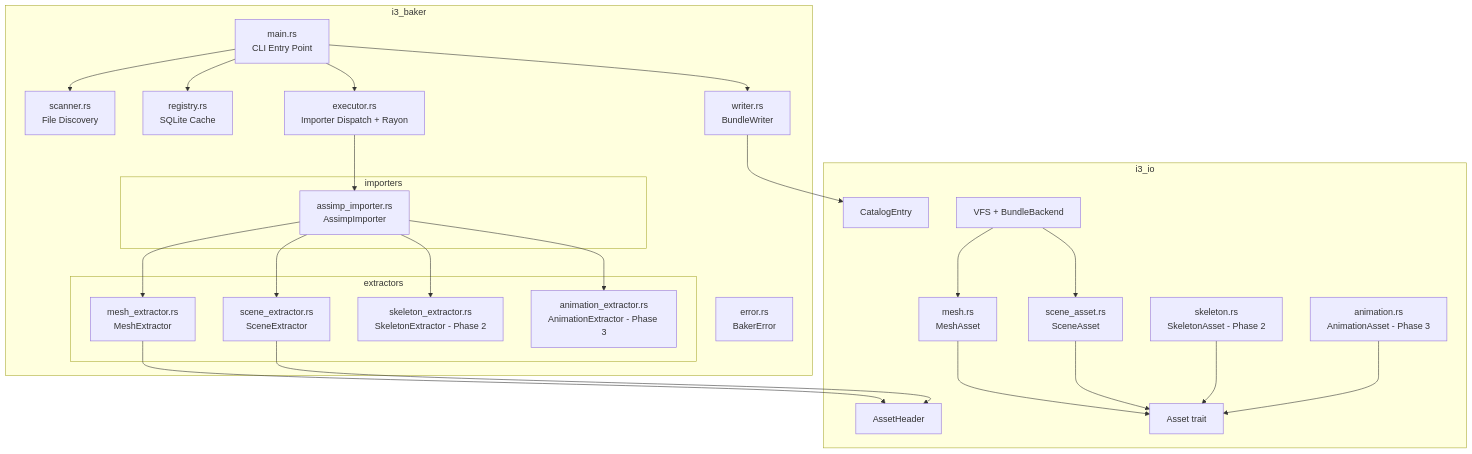
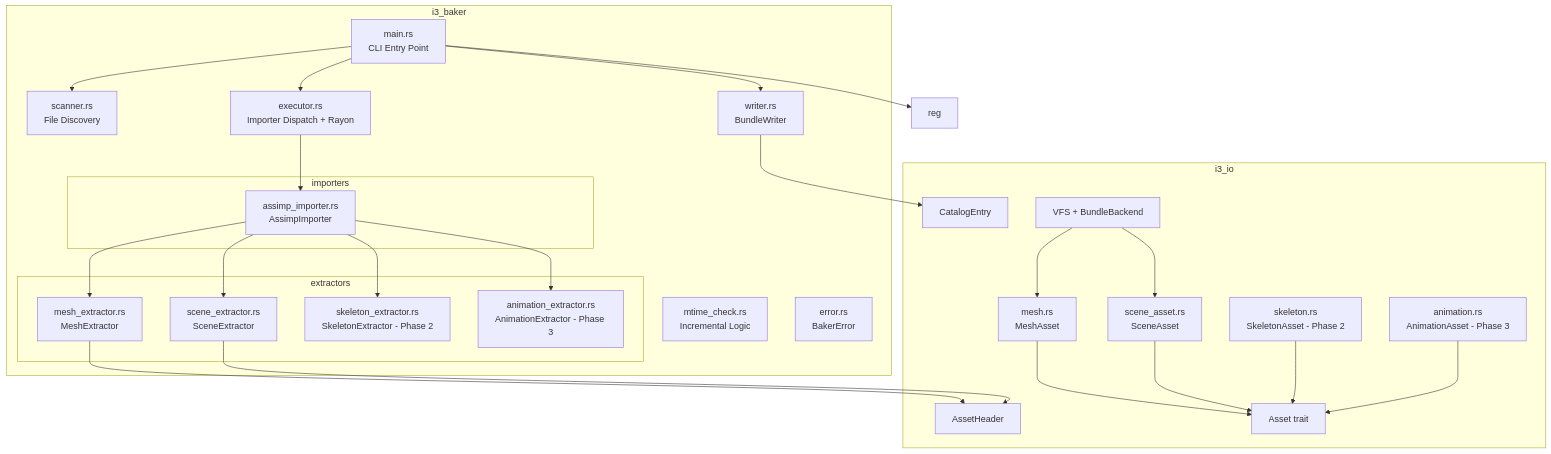
Before and after one commit to doomtr666/i3: the third of 9 diagrams in doc/baker_design.md, drawn with Mermaid. The commit also changed other lines of this file and 7 other files, not shown here.

````diff
--- a/doc/baker_design.md
+++ b/doc/baker_design.md
@@ -456,52 +456,52 @@
 ```mermaid
 flowchart TB
     subgraph i3_baker
         main[main.rs<br>CLI Entry Point]
         scan[scanner.rs<br>File Discovery]
-        reg[registry.rs<br>SQLite Cache]
         exec[executor.rs<br>Importer Dispatch + Rayon]
+        mtime[mtime_check.rs<br>Incremental Logic]
         writer[writer.rs<br>BundleWriter]
         err[error.rs<br>BakerError]
 
         subgraph importers
             assimp_imp[assimp_importer.rs<br>AssimpImporter]
         end
 
         subgraph extractors
             mesh_ext[mesh_extractor.rs<br>MeshExtractor]
             scene_ext[scene_extractor.rs<br>SceneExtractor]
             skel_ext[skeleton_extractor.rs<br>SkeletonExtractor - Phase 2]
             anim_ext[animation_extractor.rs<br>AnimationExtractor - Phase 3]
         end
     end
 
     subgraph i3_io
         header[AssetHeader]
         catalog[CatalogEntry]
         vfs[VFS + BundleBackend]
         asset_trait[Asset trait]
         mesh_asset[mesh.rs<br>MeshAsset]
         scene_asset[scene_asset.rs<br>SceneAsset]
         skel_asset[skeleton.rs<br>SkeletonAsset - Phase 2]
         anim_asset[animation.rs<br>AnimationAsset - Phase 3]
     end
 
     main --> scan
     main --> reg
     main --> exec
     main --> writer
     exec --> assimp_imp
     assimp_imp --> mesh_ext
     assimp_imp --> scene_ext
     assimp_imp --> skel_ext
     assimp_imp --> anim_ext
     mesh_ext --> header
     scene_ext --> header
     writer --> catalog
     mesh_asset --> asset_trait
     scene_asset --> asset_trait
     skel_asset --> asset_trait
     anim_asset --> asset_trait
     vfs --> mesh_asset
     vfs --> scene_asset
 ```
````
